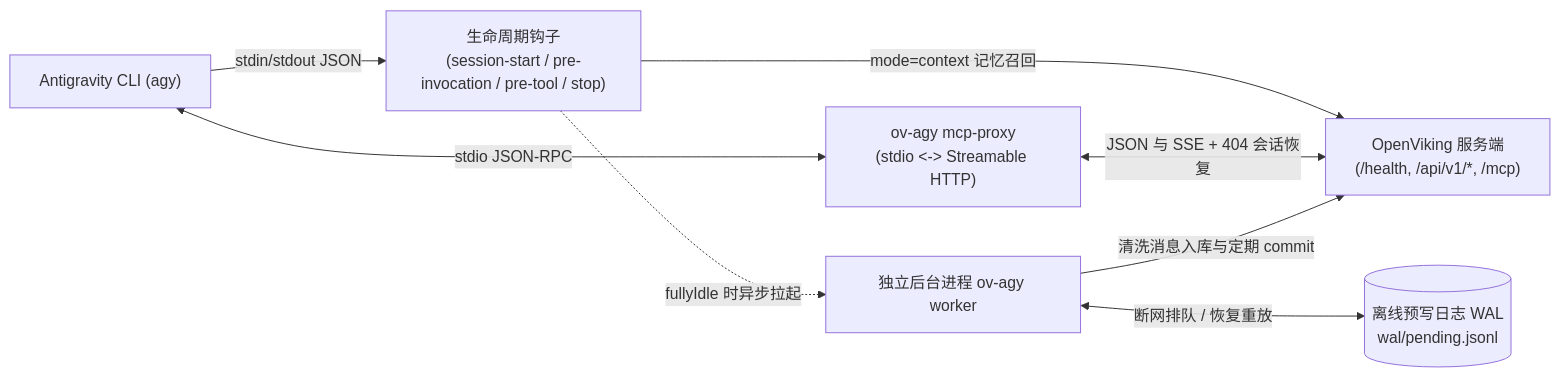
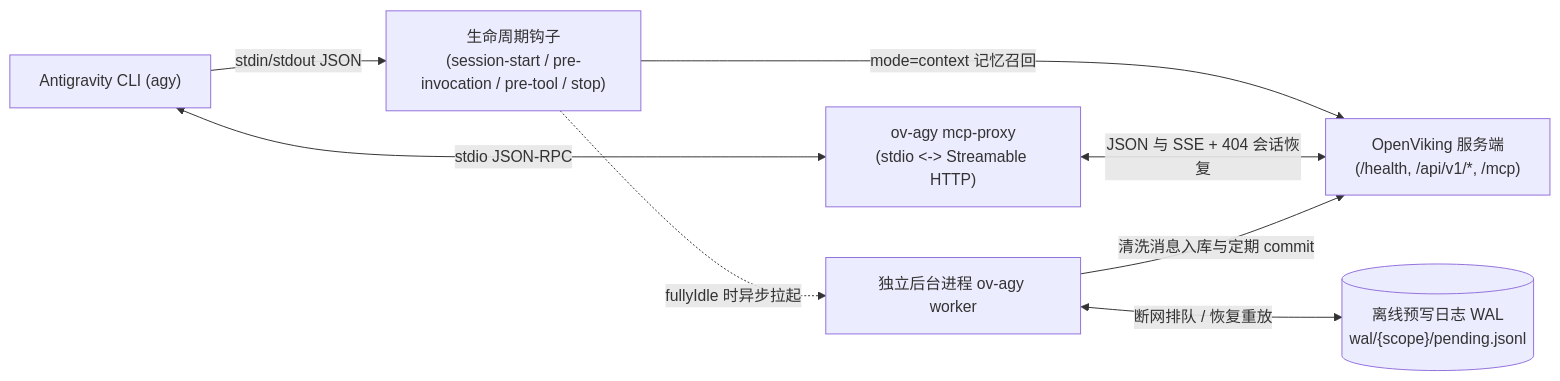
The diagram in README.zh-CN.md (JamCh01/agy-openviking), drawn with Mermaid before and after one commit. The commit also changed other lines of this file and 21 other files, not shown here.

````diff
--- a/README.zh-CN.md
+++ b/README.zh-CN.md
@@ -54,17 +56,17 @@
 ```mermaid
 flowchart LR
     AGY["Antigravity CLI (agy)"]
     HOOKS["生命周期钩子\n(session-start / pre-invocation / pre-tool / stop)"]
     MCP["ov-agy mcp-proxy\n(stdio <-> Streamable HTTP)"]
     WORKER["独立后台进程 ov-agy worker"]
-    WAL[("离线预写日志 WAL\nwal/pending.jsonl")]
+    WAL[("离线预写日志 WAL\nwal/{scope}/pending.jsonl")]
     OV["OpenViking 服务端\n(/health, /api/v1/*, /mcp)"]
 
     AGY -->|"stdin/stdout JSON"| HOOKS
     AGY <-->|"stdio JSON-RPC"| MCP
     HOOKS -->|"mode=context 记忆召回"| OV
     HOOKS -.->|"fullyIdle 时异步拉起"| WORKER
     MCP <-->|"JSON 与 SSE + 404 会话恢复"| OV
     WORKER -->|"清洗消息入库与定期 commit"| OV
     WORKER <-->|"断网排队 / 恢复重放"| WAL
 ```
````
